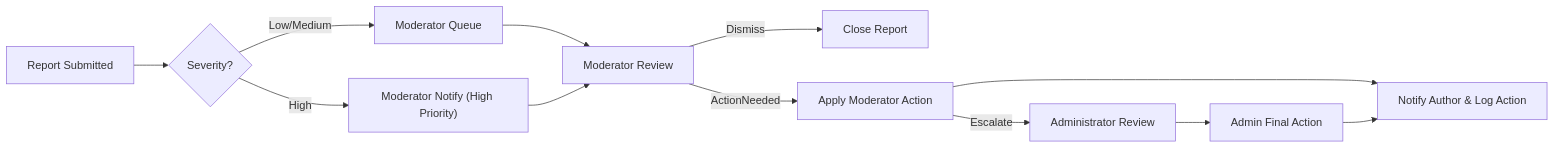
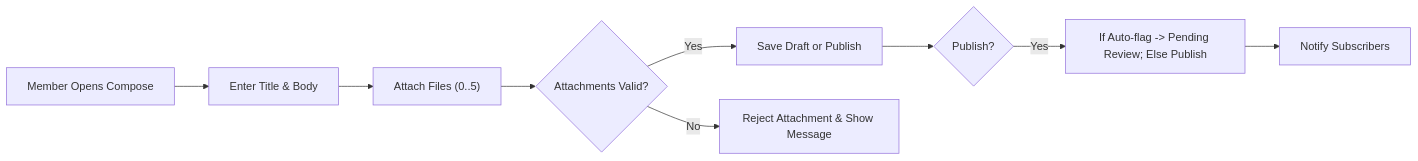
One commit to wrtnlabs/autobe-examples changed the first of 2 diagrams in openai/gpt-5-mini/bbs/docs/analysis/01-service-overview.md. Above: the diagram before and after it, drawn with Mermaid. The commit also changed other lines of this file and 16146 other files, not shown here.

````diff
--- a/openai/gpt-5-mini/bbs/docs/analysis/01-service-overview.md
+++ b/openai/gpt-5-mini/bbs/docs/analysis/01-service-overview.md
@@ -189,14 +103,11 @@
 ```mermaid
 graph LR
-  A["Report Submitted"] --> B{"Severity?"}
-  B -->|"High"| C["Moderator Notify (High Priority)"]
-  B -->|"Low/Medium"| D["Moderator Queue"]
-  D --> E["Moderator Review"]
-  E -->|"Dismiss"| F["Close Report"]
-  E -->|"ActionNeeded"| G["Apply Moderator Action"]
-  G --> H["Notify Author & Log Action"]
-  G -->|"Escalate"| I["Administrator Review"]
-  I --> J["Admin Final Action"]
-  J --> H
-  C --> E
+  A["Member Opens Compose"] --> B["Enter Title & Body"]
+  B --> C["Attach Files (0..5)"]
+  C --> D{""Attachments Valid?""}
+  D -->|"Yes"| E["Save Draft or Publish"]
+  D -->|"No"| F["Reject Attachment & Show Message"]
+  E --> G{""Publish?""}
+  G -->|"Yes"| H["If Auto-flag -> Pending Review; Else Publish" ]
+  H --> I["Notify Subscribers"]
 ```
````
